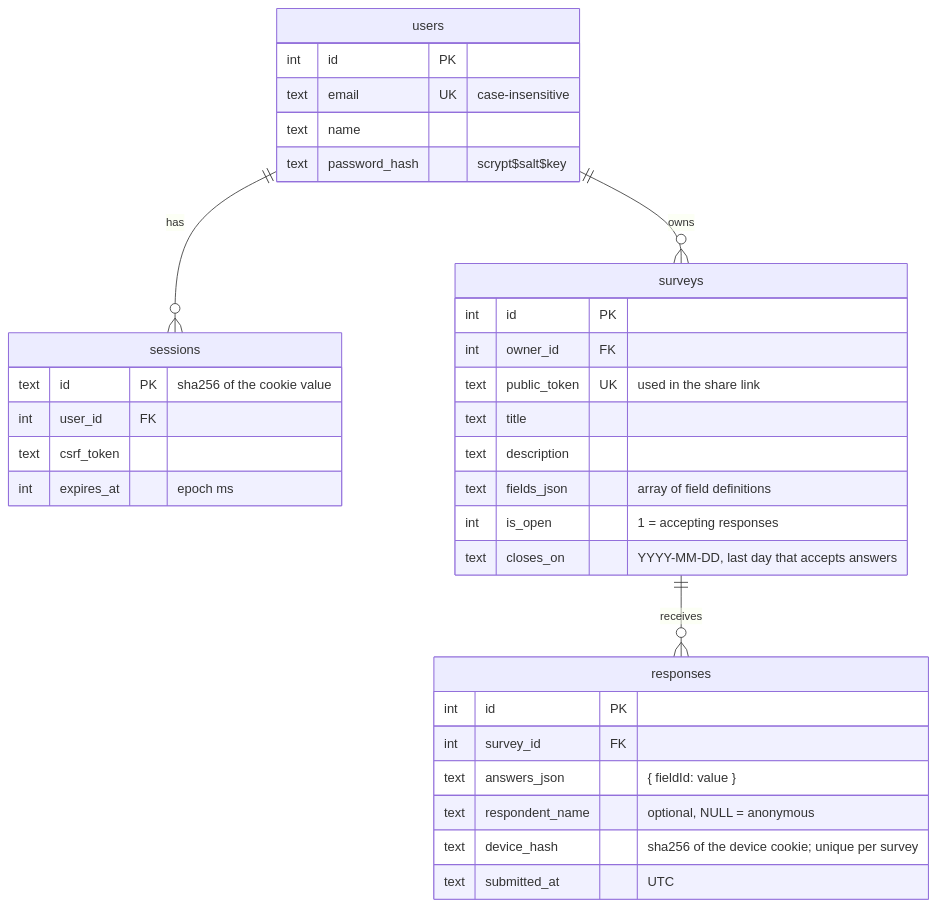
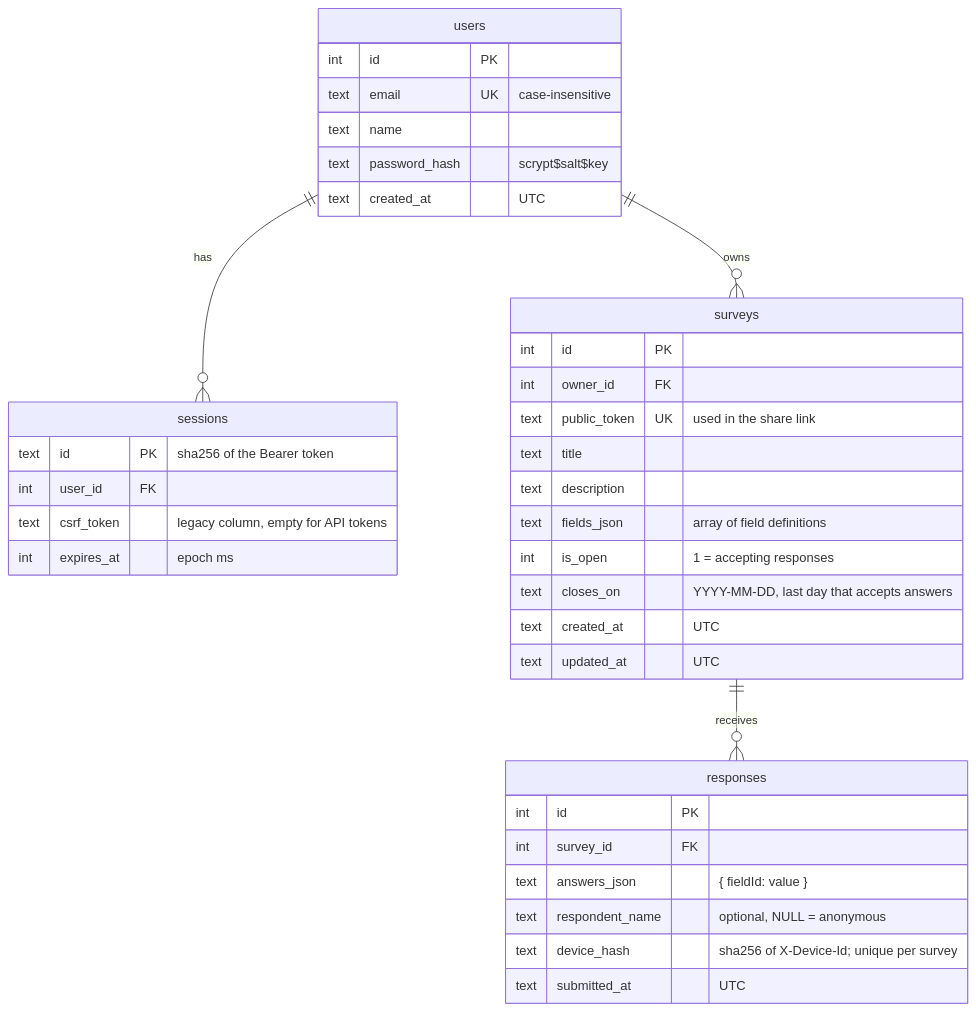
One commit to yendri404/survery changed the third of 3 diagrams in CODE_GUIDE.md. Above: the diagram before and after it, drawn with Mermaid. The commit also changed other lines of this file and 3 other files, not shown here.

````diff
--- a/CODE_GUIDE.md
+++ b/CODE_GUIDE.md
@@ -140,37 +233,40 @@
 ```mermaid
 erDiagram
     users ||--o{ sessions : has
     users ||--o{ surveys : owns
     surveys ||--o{ responses : receives
 
     users {
         int id PK
         text email UK "case-insensitive"
         text name
         text password_hash "scrypt$salt$key"
+        text created_at "UTC"
     }
     sessions {
-        text id PK "sha256 of the cookie value"
+        text id PK "sha256 of the Bearer token"
         int user_id FK
-        text csrf_token
+        text csrf_token "legacy column, empty for API tokens"
         int expires_at "epoch ms"
     }
     surveys {
         int id PK
         int owner_id FK
         text public_token UK "used in the share link"
         text title
         text description
         text fields_json "array of field definitions"
         int is_open "1 = accepting responses"
         text closes_on "YYYY-MM-DD, last day that accepts answers"
+        text created_at "UTC"
+        text updated_at "UTC"
     }
     responses {
         int id PK
         int survey_id FK
         text answers_json "{ fieldId: value }"
         text respondent_name "optional, NULL = anonymous"
-        text device_hash "sha256 of the device cookie; unique per survey"
+        text device_hash "sha256 of X-Device-Id; unique per survey"
         text submitted_at "UTC"
     }
 ```
````
